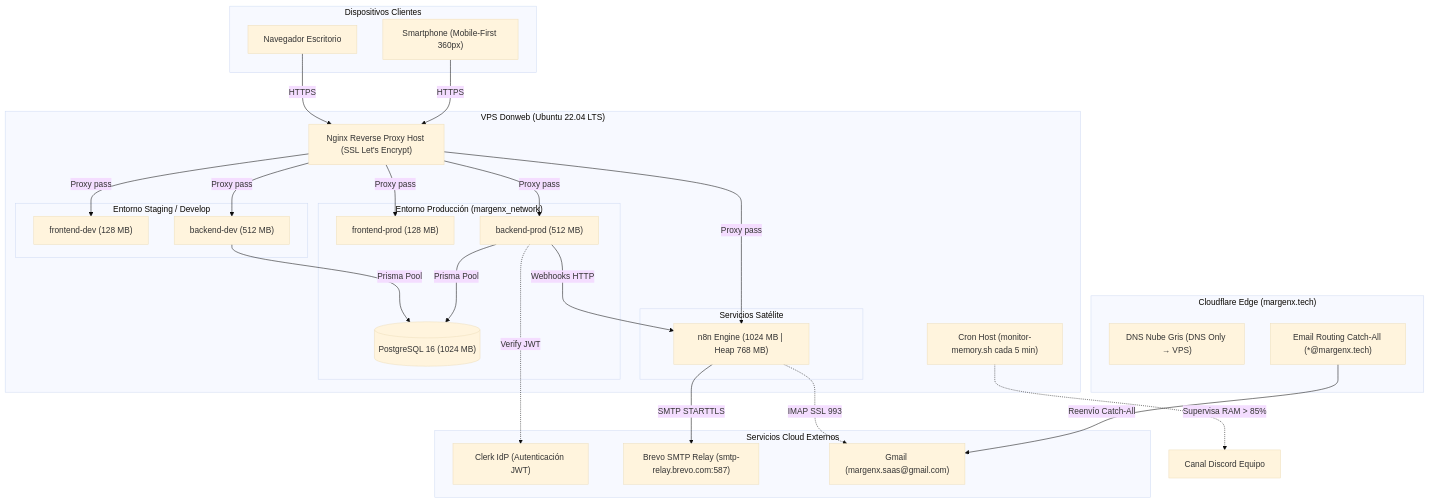
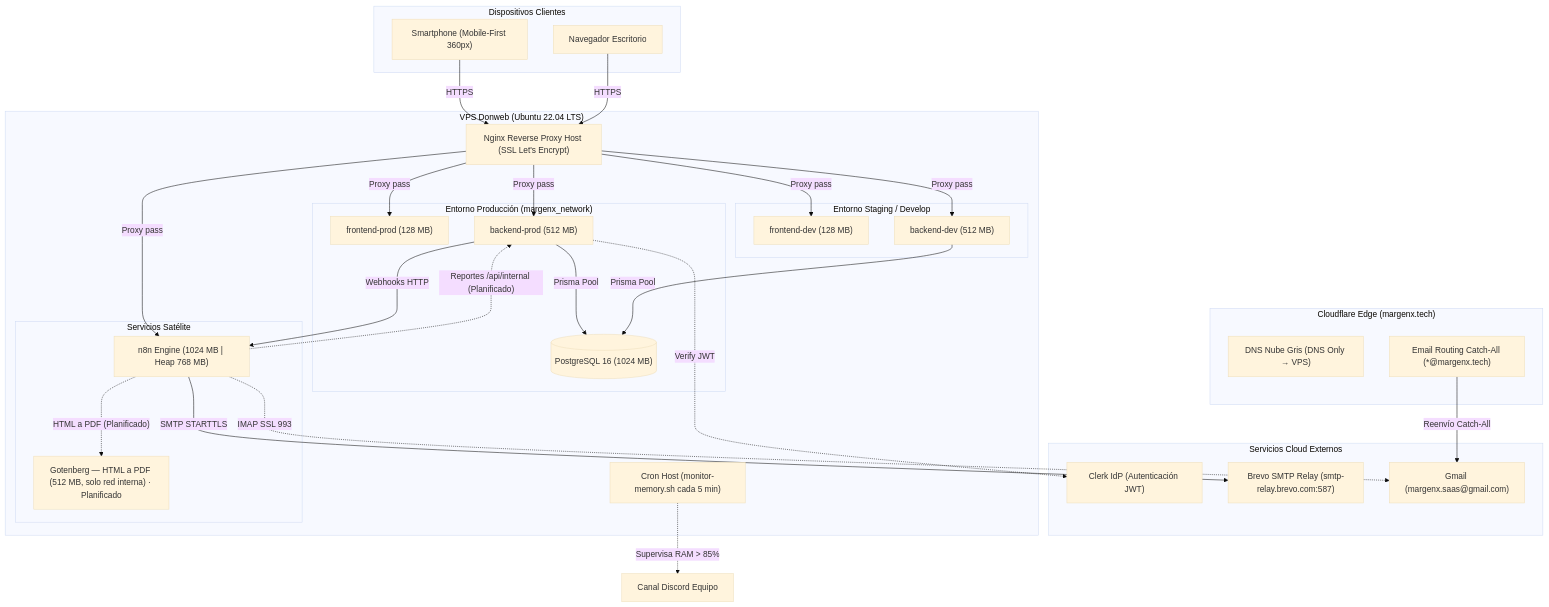
One commit to dgimenezdeveloper/margenx changed the third of 3 diagrams in docs/Arquitectura-Software-(SAD).md. Above: the diagram before and after it, drawn with Mermaid (base theme). The commit also changed other lines of this file and 5 other files, not shown here.

````diff
--- a/docs/Arquitectura-Software-(SAD).md
+++ b/docs/Arquitectura-Software-(SAD).md
@@ -421,55 +450,58 @@
 ```mermaid
 graph TB
     subgraph CLIENTES ["Dispositivos Clientes"]
         Mobile["Smartphone (Mobile-First 360px)"]
         Desktop["Navegador Escritorio"]
     end
 
     subgraph CLOUDFLARE ["Cloudflare Edge (margenx.tech)"]
         DNS["DNS Nube Gris (DNS Only → VPS)"]
         EmailRouting["Email Routing Catch-All (*@margenx.tech)"]
     end
 
     subgraph EXT_SERVICES ["Servicios Cloud Externos"]
         Clerk["Clerk IdP (Autenticación JWT)"]
         Brevo["Brevo SMTP Relay (smtp-relay.brevo.com:587)"]
         Gmail["Gmail (margenx.saas@gmail.com)"]
     end
 
     subgraph VPS ["VPS Donweb (Ubuntu 22.04 LTS)"]
         Nginx["Nginx Reverse Proxy Host (SSL Let's Encrypt)"]
         CronHost["Cron Host (monitor-memory.sh cada 5 min)"]
 
         subgraph STACK_PROD ["Entorno Producción (margenx_network)"]
             FrontP["frontend-prod (128 MB)"]
             BackP["backend-prod (512 MB)"]
             DB_Prod[("PostgreSQL 16 (1024 MB)")]
         end
 
         subgraph STACK_DEV ["Entorno Staging / Develop"]
             FrontD["frontend-dev (128 MB)"]
             BackD["backend-dev (512 MB)"]
         end
 
         subgraph AUTOMATION ["Servicios Satélite"]
             N8N["n8n Engine (1024 MB | Heap 768 MB)"]
+            Gotenberg["Gotenberg — HTML a PDF (512 MB, solo red interna) · Planificado"]
         end
     end
 
     Mobile -->|HTTPS| Nginx
     Desktop -->|HTTPS| Nginx
     Nginx -->|Proxy pass| FrontP
     Nginx -->|Proxy pass| BackP
     Nginx -->|Proxy pass| FrontD
     Nginx -->|Proxy pass| BackD
     Nginx -->|Proxy pass| N8N
 
     BackP -->|Prisma Pool| DB_Prod
     BackD -->|Prisma Pool| DB_Prod
     BackP -.->|Verify JWT| Clerk
     BackP -->|Webhooks HTTP| N8N
     N8N -->|SMTP STARTTLS| Brevo
+    N8N -.->|"Reportes /api/internal (Planificado)"| BackP
+    N8N -.->|"HTML a PDF (Planificado)"| Gotenberg
     EmailRouting -->|Reenvío Catch-All| Gmail
     N8N -.->|IMAP SSL 993| Gmail
     CronHost -.->|Supervisa RAM > 85%| Discord["Canal Discord Equipo"]
 ```
````
